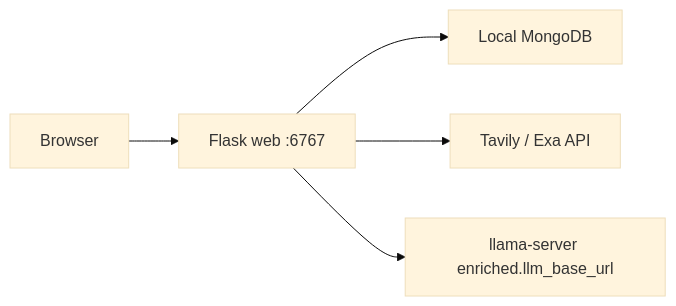
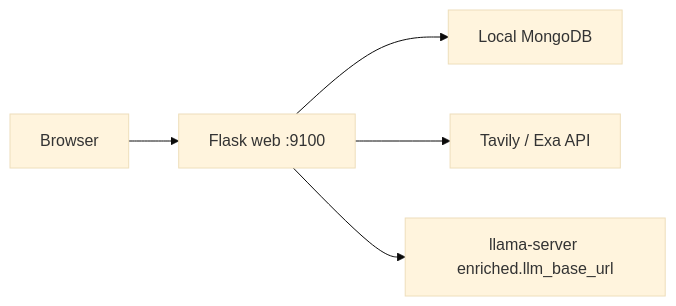
One commit to Benchan691/VulnBrief changed the diagram in README.md. Above: the diagram before and after it, drawn with Mermaid (base theme). The commit also changed other lines of this file and 4 other files, not shown here.

````diff
--- a/README.md
+++ b/README.md
@@ -14,7 +14,7 @@
 ```mermaid
 flowchart LR
-  Browser --> Web["Flask web :6767"]
+  Browser --> Web["Flask web :9100"]
   Web --> LocalMongo["Local MongoDB"]
   Web --> Search["Tavily / Exa API"]
   Web --> Llama["llama-server enriched.llm_base_url"]
 ```
````
